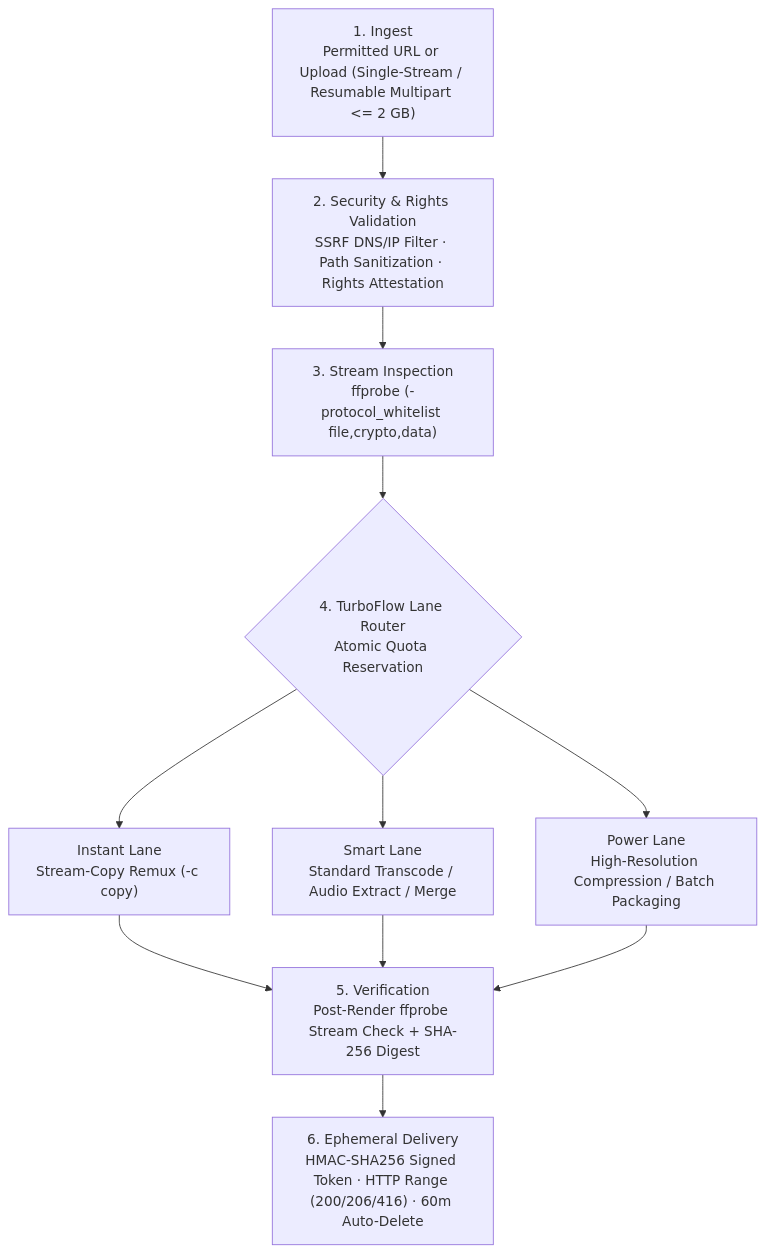
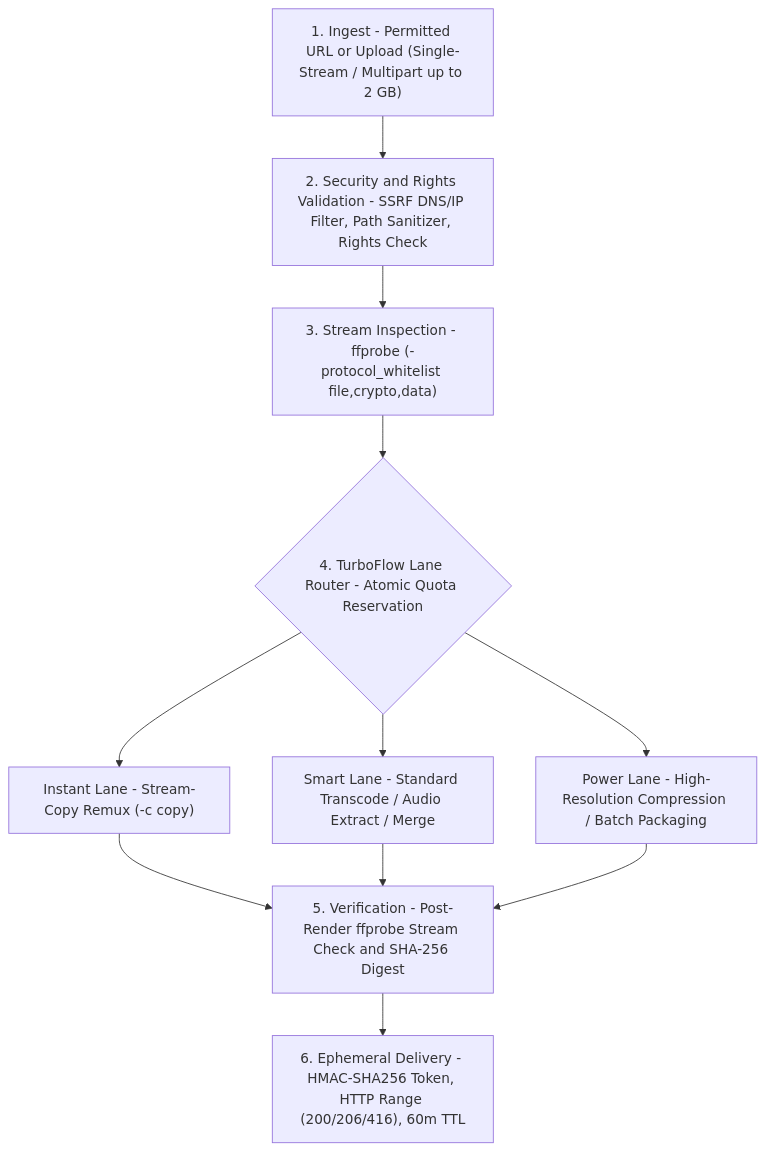
The second of 2 diagrams in README.md (SubhransuNayak007/muxaro), drawn with Mermaid before and after one commit. The commit also changed other lines of this file and 1 other file, not shown here.

Commit message:
docs: align README API/test commands and scrub local workspace path from bug register

````diff
--- a/README.md
+++ b/README.md
@@ -209,18 +209,18 @@
 ```mermaid
 flowchart TD
-    A["1. Ingest<br/>Permitted URL or Upload (Single-Stream / Resumable Multipart <= 2 GB)"]
-    B["2. Security & Rights Validation<br/>SSRF DNS/IP Filter · Path Sanitization · Rights Attestation"]
-    C["3. Stream Inspection<br/>ffprobe (-protocol_whitelist file,crypto,data)"]
-    D{"4. TurboFlow Lane Router<br/>Atomic Quota Reservation"}
-    E1["Instant Lane<br/>Stream-Copy Remux (-c copy)"]
-    E2["Smart Lane<br/>Standard Transcode / Audio Extract / Merge"]
-    E3["Power Lane<br/>High-Resolution Compression / Batch Packaging"]
-    F["5. Verification<br/>Post-Render ffprobe Stream Check + SHA-256 Digest"]
-    G["6. Ephemeral Delivery<br/>HMAC-SHA256 Signed Token · HTTP Range (200/206/416) · 60m Auto-Delete"]
+    A["1. Ingest - Permitted URL or Upload (Single-Stream / Multipart up to 2 GB)"]
+    B["2. Security and Rights Validation - SSRF DNS/IP Filter, Path Sanitizer, Rights Check"]
+    C["3. Stream Inspection - ffprobe (-protocol_whitelist file,crypto,data)"]
+    D{"4. TurboFlow Lane Router - Atomic Quota Reservation"}
+    E1["Instant Lane - Stream-Copy Remux (-c copy)"]
+    E2["Smart Lane - Standard Transcode / Audio Extract / Merge"]
+    E3["Power Lane - High-Resolution Compression / Batch Packaging"]
+    F["5. Verification - Post-Render ffprobe Stream Check and SHA-256 Digest"]
+    G["6. Ephemeral Delivery - HMAC-SHA256 Token, HTTP Range (200/206/416), 60m TTL"]
 
     A --> B --> C --> D
     D --> E1 --> F
     D --> E2 --> F
     D --> E3 --> F
     F --> G
 ```
````
